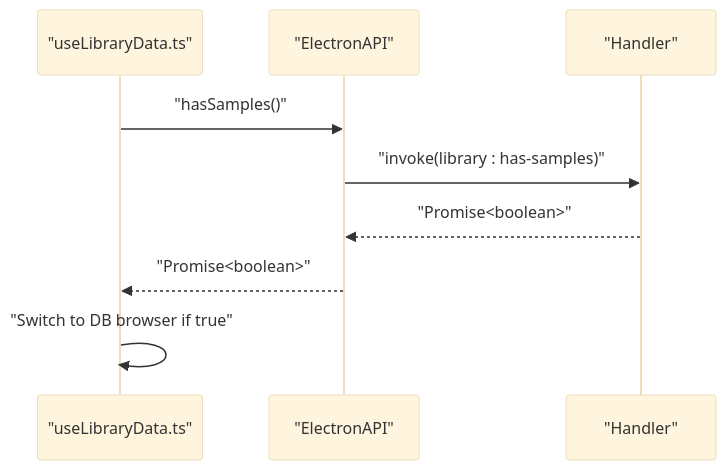
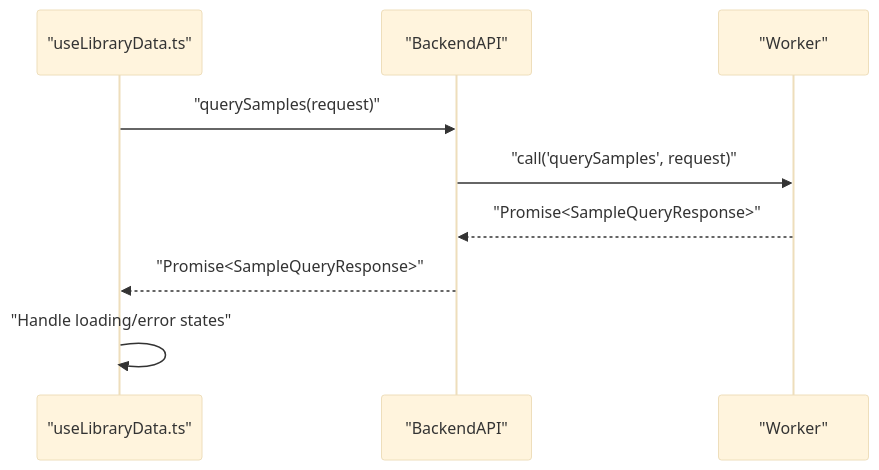
One commit to satyrlord/mixjam-electron changed the seventh of 8 diagrams in .qoder/repowiki/en/content/IPC Communication.md. Above: the diagram before and after it, drawn with Mermaid (base theme). The commit also changed other lines of this file and 51 other files, not shown here.

````diff
--- a/.qoder/repowiki/en/content/IPC Communication.md
+++ b/.qoder/repowiki/en/content/IPC Communication.md
@@ -360,11 +284,11 @@
 ```mermaid
 sequenceDiagram
 participant UI as "useLibraryData.ts"
-participant API as "ElectronAPI"
-participant H as "Handler"
-UI->>API : "hasSamples()"
-API->>H : "invoke(library : has-samples)"
-H-->>API : "Promise<boolean>"
-API-->>UI : "Promise<boolean>"
-UI->>UI : "Switch to DB browser if true"
+participant API as "BackendAPI"
+participant WRK as "Worker"
+UI->>API : "querySamples(request)"
+API->>WRK : "call('querySamples', request)"
+WRK-->>API : "Promise<SampleQueryResponse>"
+API-->>UI : "Promise<SampleQueryResponse>"
+UI->>UI : "Handle loading/error states"
 ```
````
